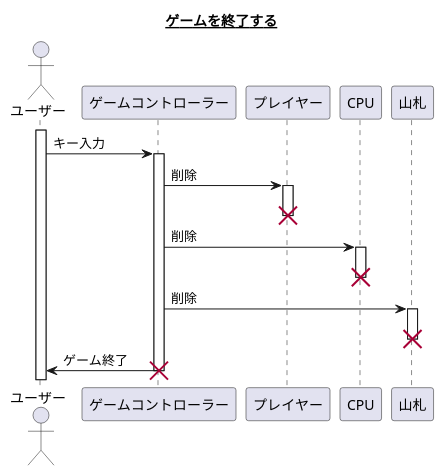
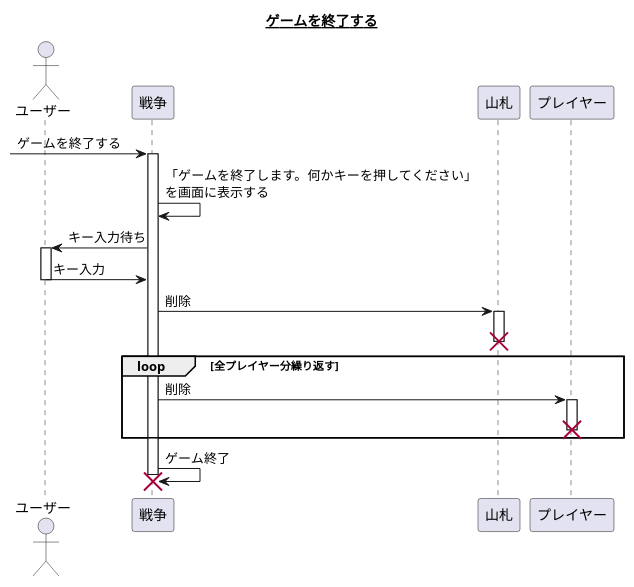
The ninth of 10 diagrams in uml/CardGame/doc/design.md (hachimitu22/study), drawn with PlantUML before and after one commit. The commit also changed other lines of this file, not shown here.

Commit message:
シーケンス図を複数人で遊べるように修正

````diff
--- a/uml/CardGame/doc/design.md
+++ b/uml/CardGame/doc/design.md
@@ -264,26 +353,31 @@
 ```plantuml
 @startuml
 
 title __ゲームを終了する__
 
 actor ユーザー
+
+[-> 戦争 : ゲームを終了する
+activate 戦争
+戦争 -> 戦争 : 「ゲームを終了します。何かキーを押してください」\nを画面に表示する
+ユーザー <- 戦争 : キー入力待ち
 activate ユーザー
+ユーザー -> 戦争 : キー入力
+deactivate ユーザー
 
-ユーザー -> ゲームコントローラー : キー入力
-activate ゲームコントローラー
 
-ゲームコントローラー -> プレイヤー : 削除
-activate プレイヤー
-destroy プレイヤー
-ゲームコントローラー -> CPU : 削除
-activate CPU
-destroy CPU
-ゲームコントローラー -> 山札 : 削除
+戦争 -> 山札 : 削除
 activate 山札
 destroy 山札
 
-ユーザー <- ゲームコントローラー : ゲーム終了
-destroy ゲームコントローラー
+loop 全プレイヤー分繰り返す
+  戦争 -> プレイヤー : 削除
+  activate プレイヤー
+  destroy プレイヤー
+end
+
+戦争 -> 戦争 : ゲーム終了
+destroy 戦争
 
 @enduml
 ```
````
